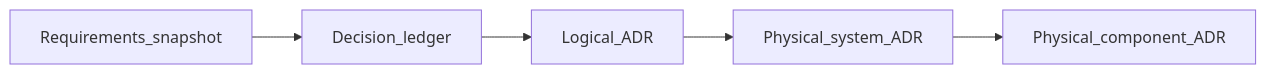
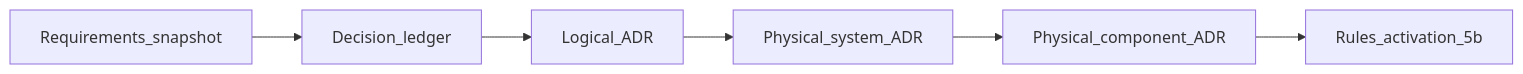
The second of 2 diagrams in 11-examples/ai-gateway-example/diagrams/intent-to-design.md (egallmann/ste-handbook), drawn with Mermaid before and after one commit. The commit also changed other lines of this file and 32 other files, not shown here.

````diff
--- a/11-examples/ai-gateway-example/diagrams/intent-to-design.md
+++ b/11-examples/ai-gateway-example/diagrams/intent-to-design.md
@@ -5,12 +26,14 @@
 ```mermaid
 flowchart LR
   REQ[Requirements_snapshot]
   LED[Decision_ledger]
   LADR[Logical_ADR]
   PSADR[Physical_system_ADR]
   PCADR[Physical_component_ADR]
+  RULES[Rules_activation_5b]
   REQ --> LED
   LED --> LADR
   LADR --> PSADR
   PSADR --> PCADR
+  PCADR --> RULES
 ```
````
